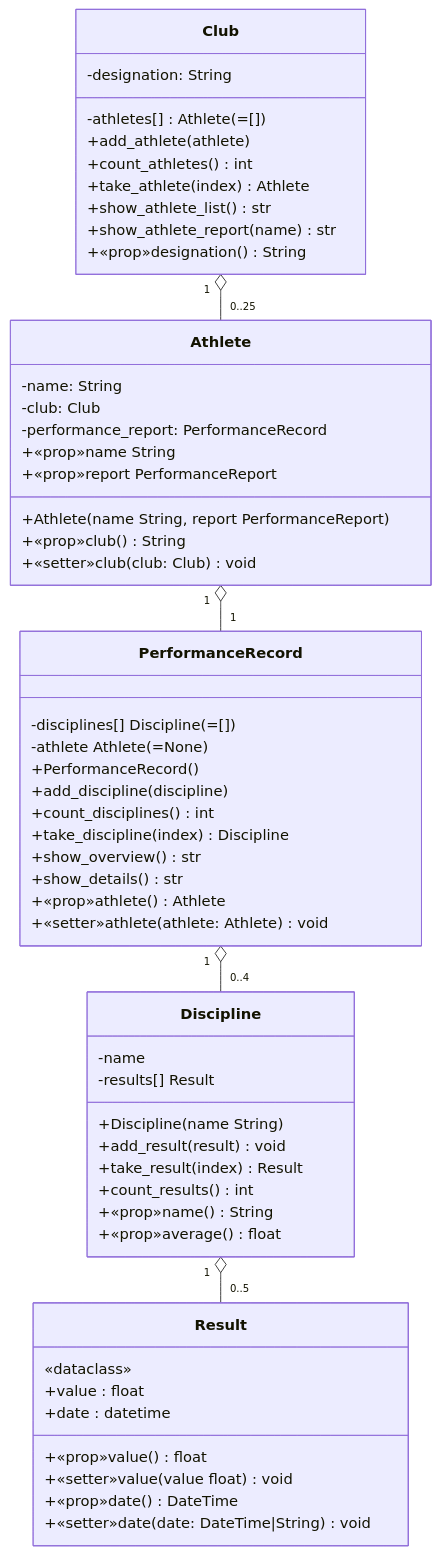
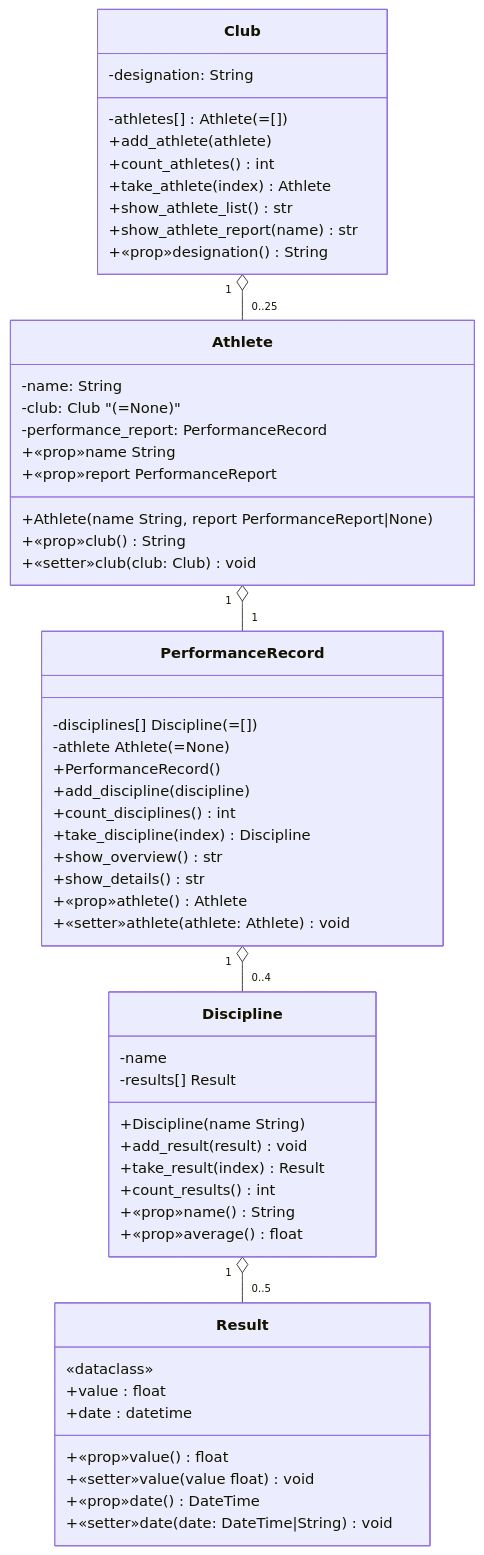
The diagram in Aufgabenstellung.md (templates-python/m320-lu09-a02-sports), drawn with Mermaid before and after one commit. The commit also changed other lines of this file, not shown here.

````diff
--- a/Aufgabenstellung.md
+++ b/Aufgabenstellung.md
@@ -22,60 +22,60 @@
 ```mermaid
 classDiagram
     
     class Athlete {
         -name: String
-        -club: Club
+        -club: Club "&lpar;=None&rpar;"
         -performance_report: PerformanceRecord
-        +Athlete(name String, report PerformanceReport)
+        +Athlete(name String, report PerformanceReport|None)
         +«prop»name String
         +«prop»club() String
         +«setter»club (club: Club) void
         +«prop»report PerformanceReport
     }
     class PerformanceRecord {
         -disciplines[] Discipline (=[])
         -athlete Athlete (=None)
         +PerformanceRecord()
         +add_discipline(discipline)
         +count_disciplines() int
         +take_discipline(index) Discipline
         +show_overview() str
         +show_details() str
         +«prop»athlete() Athlete
         +«setter»athlete(athlete: Athlete) void
     }
     class Club {
         -athletes[] : Athlete (=[])
         -designation: String
         +add_athlete(athlete)
         +count_athletes() int
         +take_athlete(index) Athlete
         +show_athlete_list() str
         +show_athlete_report(name) str
         +«prop»designation() String
     }
     class Discipline {
         -name
         -results[] Result
         +Discipline(name String)
         +add_result(result) void
         +take_result(index) Result
         +count_results() int
         +«prop»name() String
         +«prop»average() float
     }
     class Result {
         «dataclass»
         +value : float
         +date : datetime
         +«prop»value() float
         +«setter»value(value float) void
         +«prop»date() DateTime
         +«setter»date(date: DateTime|String) void
     }
 
     Club "1" o-- "0..25" Athlete
     Athlete "1" o-- "1" PerformanceRecord
     PerformanceRecord "1" o-- "0..4" Discipline
     Discipline "1" o-- "0..5" Result
 ```
````
